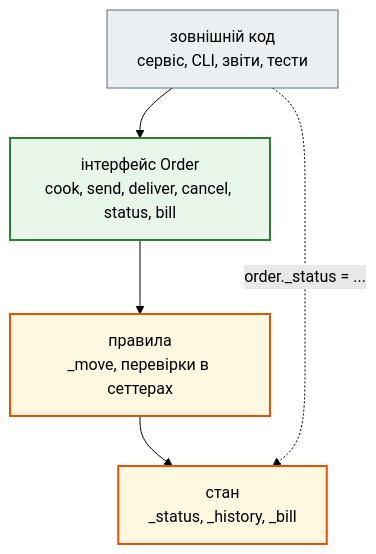
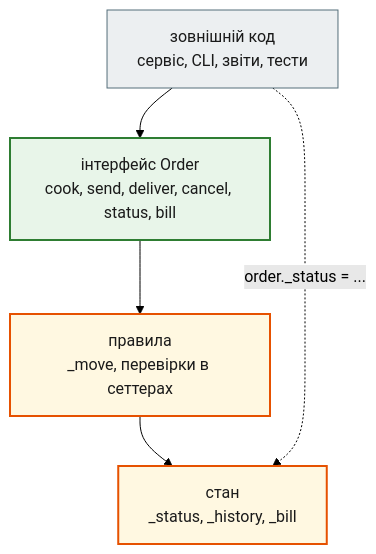
Before and after one commit to AlinaRadchenko/PY-Course-Victor-Nikoriak-22-09-2026: the second of 3 diagrams in docs/modules/m2/lesson_22.md, drawn with Mermaid (forest theme). The commit also changed 68 other files, not shown here.

First line of the commit message:
Docs: dark text colour in mermaid classDefs for dark theme readability

````diff
--- a/docs/modules/m2/lesson_22.md
+++ b/docs/modules/m2/lesson_22.md
@@ -460,17 +460,17 @@
 ```mermaid
 flowchart TD
-    classDef step     fill:#eceff1,stroke:#546e7a,stroke-width:1px;
-    classDef decision fill:#e3f2fd,stroke:#1565c0,stroke-width:2px;
-    classDef success  fill:#e8f5e9,stroke:#2e7d32,stroke-width:2px;
-    classDef error    fill:#ffebee,stroke:#c62828,stroke-width:3px;
-    classDef warning  fill:#fff8e1,stroke:#e65100,stroke-width:2px;
+    classDef step     fill:#eceff1,stroke:#546e7a,stroke-width:1px,color:#1a1a1a;
+    classDef decision fill:#e3f2fd,stroke:#1565c0,stroke-width:2px,color:#1a1a1a;
+    classDef success  fill:#e8f5e9,stroke:#2e7d32,stroke-width:2px,color:#1a1a1a;
+    classDef error    fill:#ffebee,stroke:#c62828,stroke-width:3px,color:#1a1a1a;
+    classDef warning  fill:#fff8e1,stroke:#e65100,stroke-width:2px,color:#1a1a1a;
 
     EXT["зовнішній код<br>сервіс, CLI, звіти, тести"] --> API["інтерфейс Order<br>cook, send, deliver, cancel, status, bill"]
     API --> RULES["правила<br>_move, перевірки в сеттерах"]
     RULES --> STATE["стан<br>_status, _history, _bill"]
     EXT -. "order._status = ..." .-> STATE
 
     class EXT step
     class API success
     class RULES,STATE warning
 ```
````
